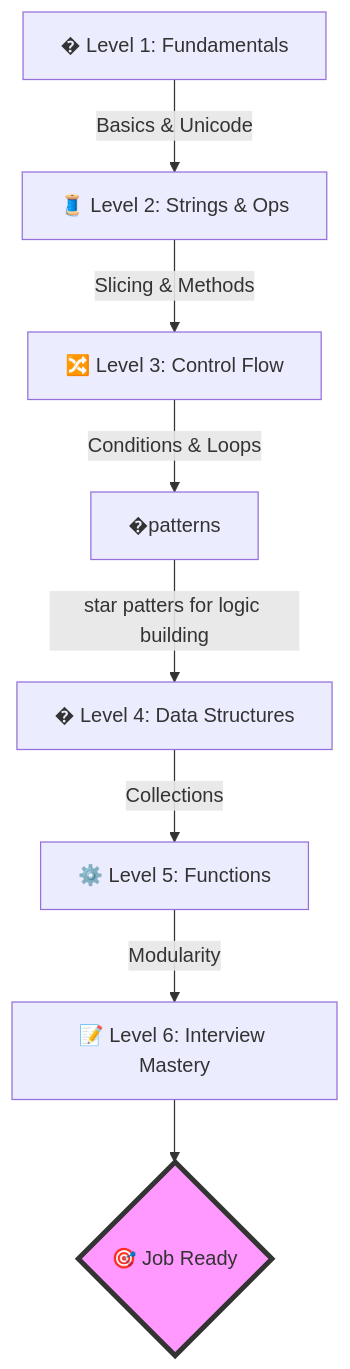
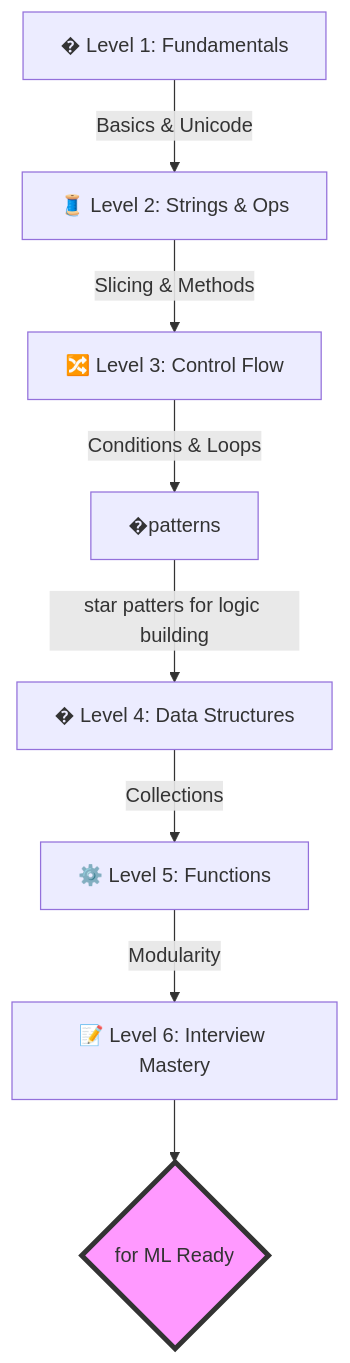
Before and after one commit to doxpro26-star/Python_notes_byDoxpro: the diagram in README.md, drawn with Mermaid.

````diff
--- a/README.md
+++ b/README.md
@@ -54,12 +54,12 @@
 ```mermaid
 graph TD
     A[� Level 1: Fundamentals] -- Basics & Unicode --> B[🧵 Level 2: Strings & Ops]
     B -- Slicing & Methods --> C[🔀 Level 3: Control Flow]
     C -- Conditions & Loops --> *[�patterns]
     * --  star patters for logic building --> D[� Level 4: Data Structures]
     D -- Collections --> E[⚙️ Level 5: Functions]
     E -- Modularity --> F[📝 Level 6: Interview Mastery]
-    F --> G{🎯 Job Ready}
+    F --> G{for ML Ready}
     
     style G fill:#f9f,stroke:#333,stroke-width:4px
 ```
````
